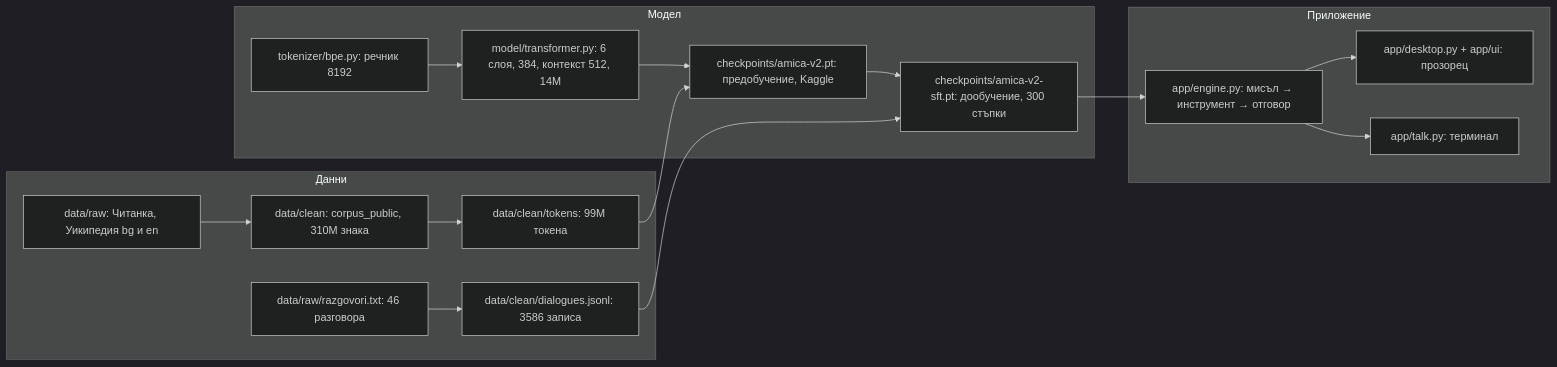
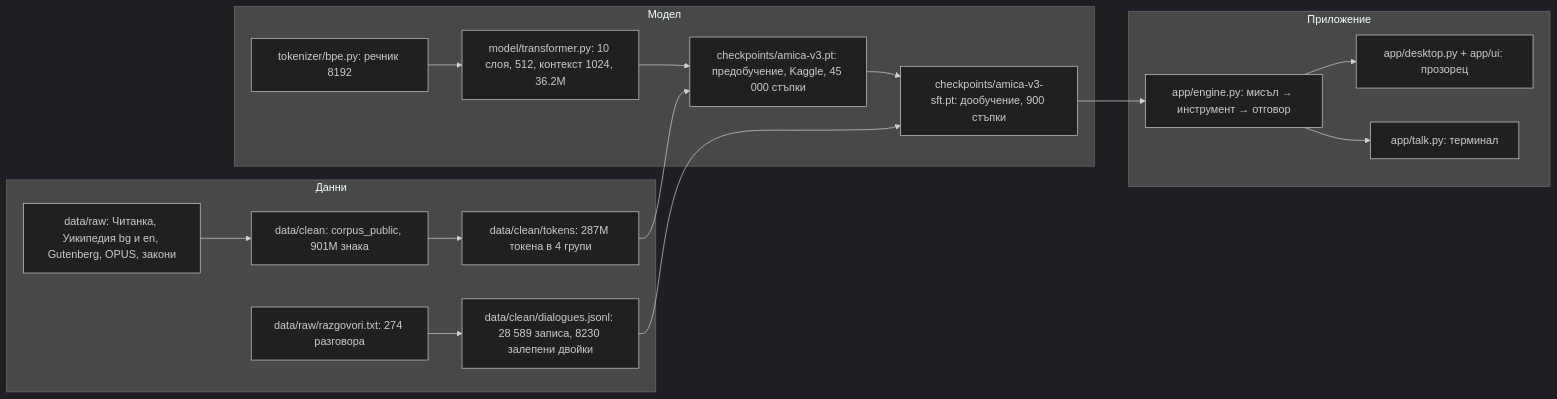
One commit to PappoIvanov/amica changed the first of 3 diagrams in docs/STATE.md. Above: the diagram before and after it, drawn with Mermaid (dark theme). The commit also changed other lines of this file and 10 other files, not shown here.

First line of the commit message:
Model v3 trained on Kaggle, SFT on v3 with glued two-topic dialogues, desktop icon

````diff
--- a/docs/STATE.md
+++ b/docs/STATE.md
@@ -12,20 +12,20 @@
 ```mermaid
 flowchart LR
   subgraph data["Данни"]
-    raw["data/raw: Читанка, Уикипедия bg и en"] --> clean["data/clean: corpus_public, 310M знака"]
-    clean --> tok["data/clean/tokens: 99M токена"]
-    razg["data/raw/razgovori.txt: 46 разговора"] --> dlg["data/clean/dialogues.jsonl: 3586 записа"]
+    raw["data/raw: Читанка, Уикипедия bg и en, Gutenberg, OPUS, закони"] --> clean["data/clean: corpus_public, 901M знака"]
+    clean --> tok["data/clean/tokens: 287M токена в 4 групи"]
+    razg["data/raw/razgovori.txt: 274 разговора"] --> dlg["data/clean/dialogues.jsonl: 28 589 записа, 8230 залепени двойки"]
   end
   subgraph model["Модел"]
-    bpe["tokenizer/bpe.py: речник 8192"] --> tr["model/transformer.py: 6 слоя, 384, контекст 512, 14M"]
-    tr --> v2["checkpoints/amica-v2.pt: предобучение, Kaggle"]
-    v2 --> sft["checkpoints/amica-v2-sft.pt: дообучение, 300 стъпки"]
+    bpe["tokenizer/bpe.py: речник 8192"] --> tr["model/transformer.py: 10 слоя, 512, контекст 1024, 36.2M"]
+    tr --> v3["checkpoints/amica-v3.pt: предобучение, Kaggle, 45 000 стъпки"]
+    v3 --> sft["checkpoints/amica-v3-sft.pt: дообучение, 900 стъпки"]
   end
   subgraph app["Приложение"]
     eng["app/engine.py: мисъл → инструмент → отговор"] --> ui["app/desktop.py + app/ui: прозорец"]
     eng --> talk["app/talk.py: терминал"]
   end
-  tok --> v2
+  tok --> v3
   dlg --> sft
   sft --> eng
 ```
````
